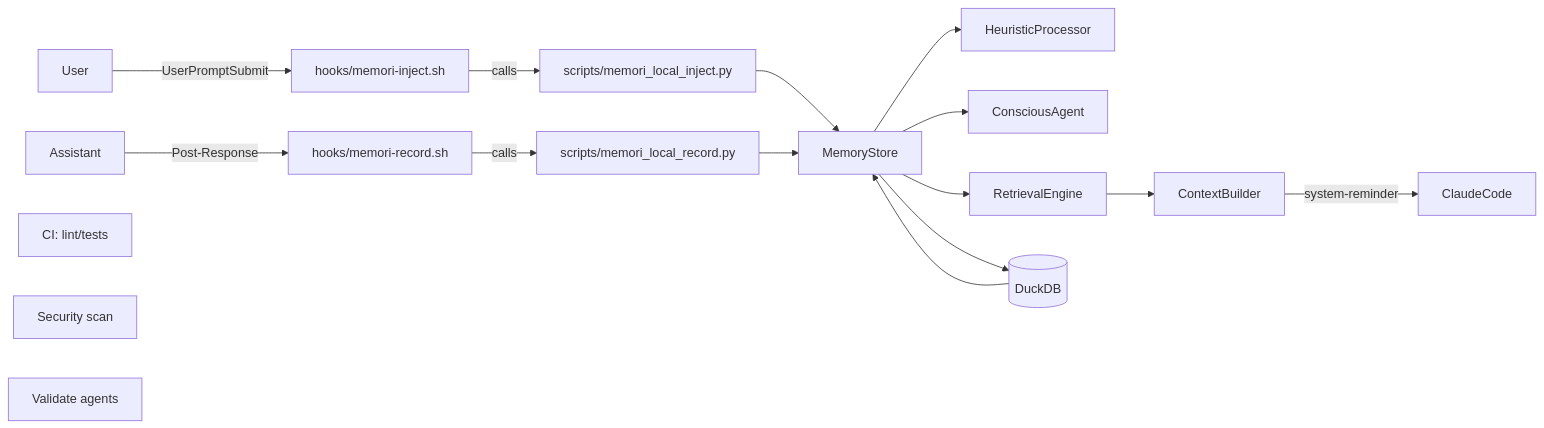
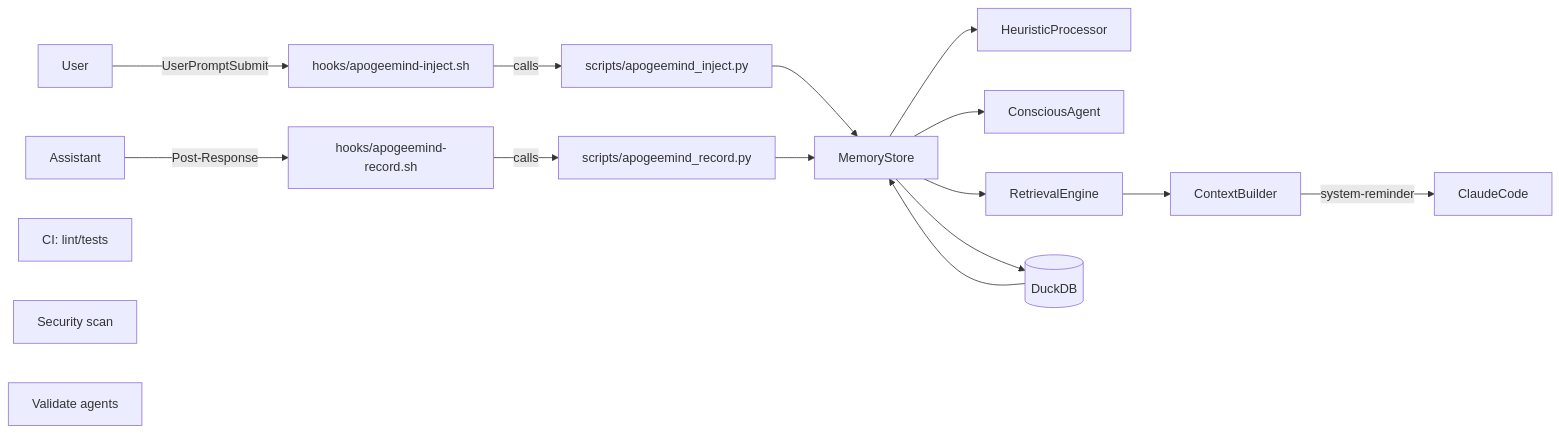
One commit to f-schu/kilo-claude-code changed the diagram in README.md. Above: the diagram before and after it, drawn with Mermaid. The commit also changed other lines of this file and 28 other files, not shown here.

Commit message:
rename: memori* -> apogeemind* across code, hooks, scripts, docs; update env var names and paths; per-project DB now ./apogeemind/apogeemind.duckdb; tests updated

````diff
--- a/README.md
+++ b/README.md
@@ -28,24 +28,24 @@
 ```mermaid
 flowchart LR
-  User -->|UserPromptSubmit| InjectHook[hooks/memori-inject.sh]
-  Assistant -->|Post-Response| RecordHook[hooks/memori-record.sh]
+  User -->|UserPromptSubmit| InjectHook[hooks/apogeemind-inject.sh]
+  Assistant -->|Post-Response| RecordHook[hooks/apogeemind-record.sh]
 
-  InjectHook -->|calls| PyInject[scripts/memori_local_inject.py]
-  RecordHook -->|calls| PyRecord[scripts/memori_local_record.py]
+  InjectHook -->|calls| PyInject[scripts/apogeemind_inject.py]
+  RecordHook -->|calls| PyRecord[scripts/apogeemind_record.py]
 
   PyInject --> Store[MemoryStore]
   PyRecord --> Store
 
   Store --> Heur[HeuristicProcessor]
   Store --> CA[ConsciousAgent]
   Store --> Ret[RetrievalEngine]
   Ret --> Ctx[ContextBuilder]
   Ctx -->|system-reminder| ClaudeCode
 
   Store --> DB[(DuckDB)]
   DB --> Store
 
   CI1[CI: lint/tests]
   CI2[Security scan]
   CI3[Validate agents]
 ```
````
